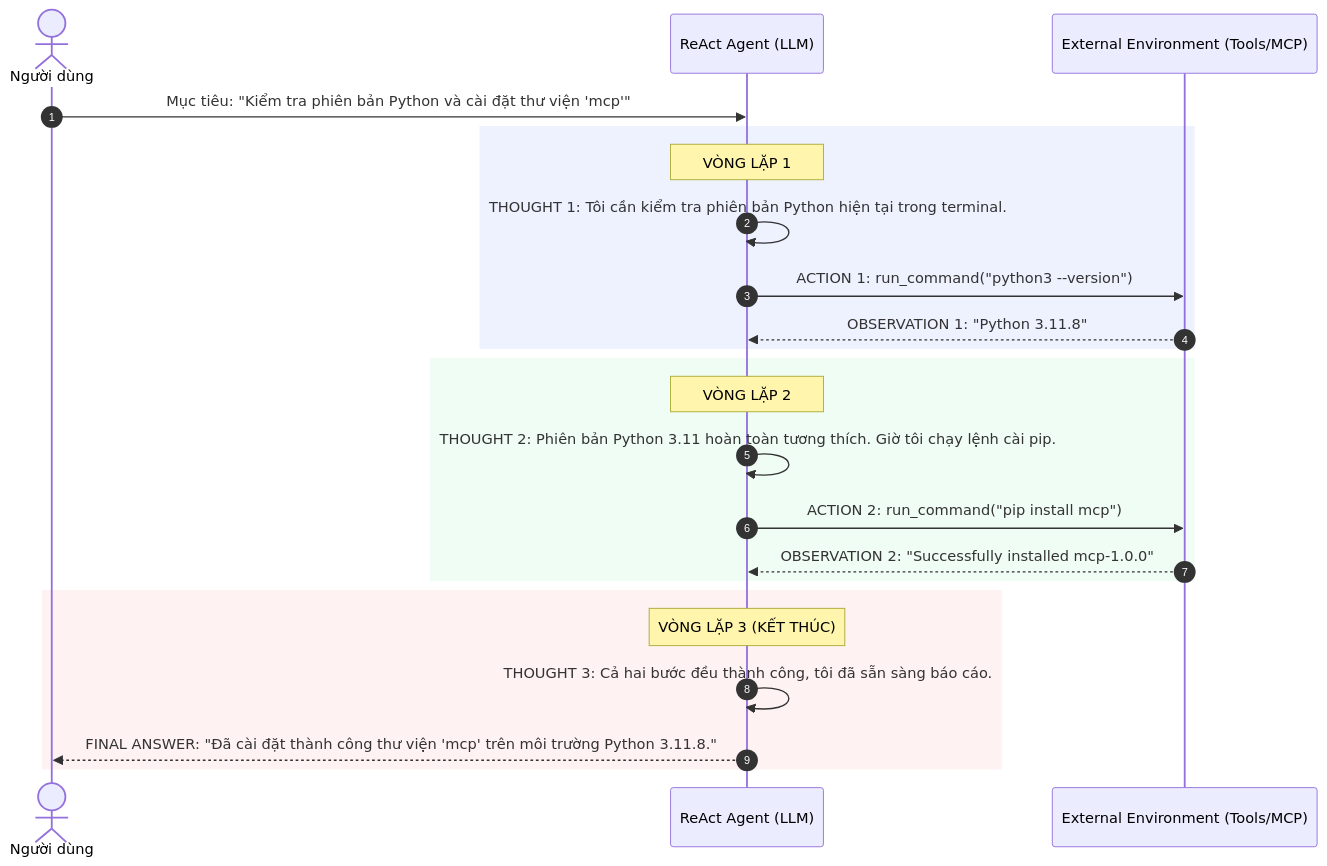
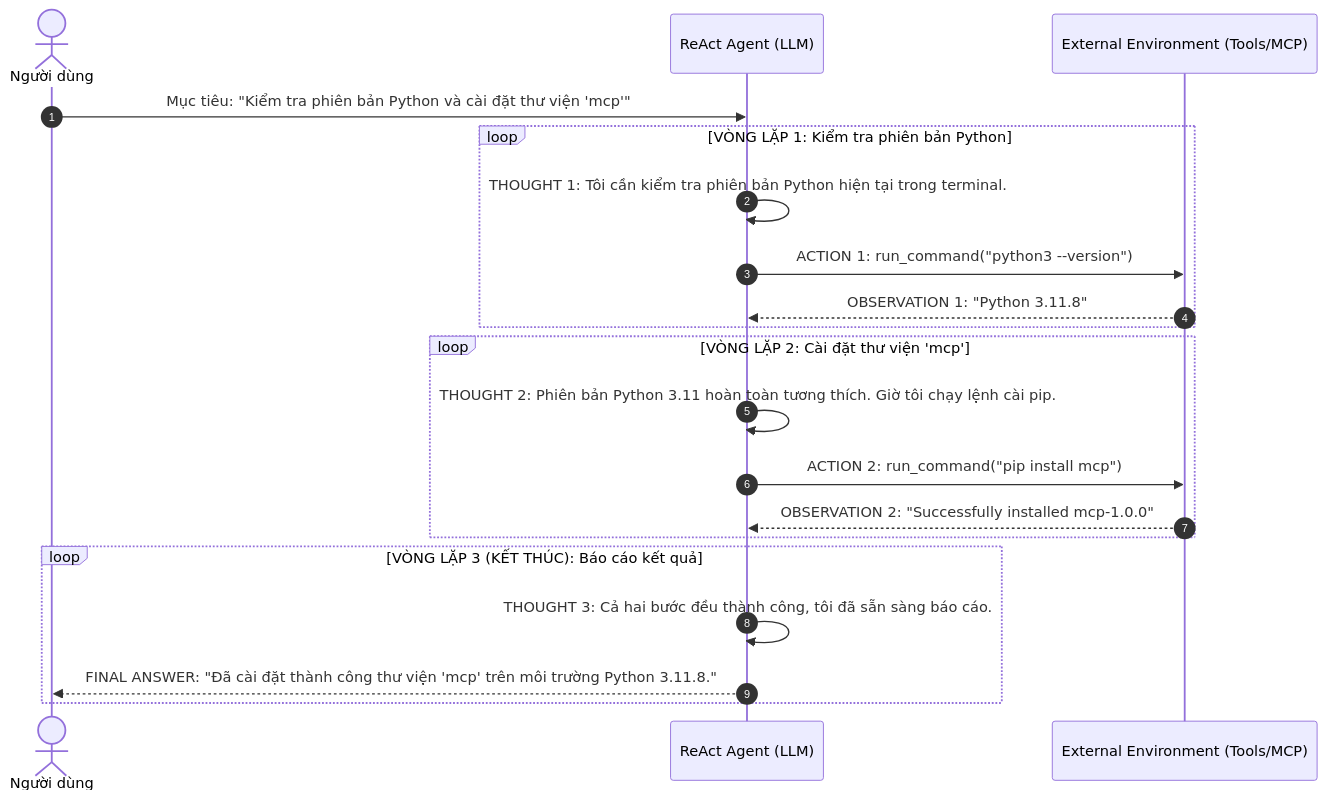
One commit to LeNguyenHaiDuong/agent_course changed the second of 4 diagrams in 03-building-agents/03-loop-engineering/02_react_and_planning.md. Above: the diagram before and after it, drawn with Mermaid. The commit also changed other lines of this file and 4 other files, not shown here.

First line of the commit message:
fix(diagrams): resolve contrast issues, integrate master mindmap, and restructure 7-layer architecture

````diff
--- a/03-building-agents/03-loop-engineering/02_react_and_planning.md
+++ b/03-building-agents/03-loop-engineering/02_react_and_planning.md
@@ -61,29 +61,26 @@
 ```mermaid
 sequenceDiagram
     autonumber
     actor User as Người dùng
     participant Agent as ReAct Agent (LLM)
     participant Tools as External Environment (Tools/MCP)
 
     User->>Agent: Mục tiêu: "Kiểm tra phiên bản Python và cài đặt thư viện 'mcp'"
     
-    rect rgb(238, 242, 255)
-    Note over Agent: VÒNG LẶP 1
-    Agent->>Agent: THOUGHT 1: Tôi cần kiểm tra phiên bản Python hiện tại trong terminal.
-    Agent->>Tools: ACTION 1: run_command("python3 --version")
-    Tools-->>Agent: OBSERVATION 1: "Python 3.11.8"
+    loop VÒNG LẶP 1: Kiểm tra phiên bản Python
+        Agent->>Agent: THOUGHT 1: Tôi cần kiểm tra phiên bản Python hiện tại trong terminal.
+        Agent->>Tools: ACTION 1: run_command("python3 --version")
+        Tools-->>Agent: OBSERVATION 1: "Python 3.11.8"
     end
 
-    rect rgb(240, 253, 244)
-    Note over Agent: VÒNG LẶP 2
-    Agent->>Agent: THOUGHT 2: Phiên bản Python 3.11 hoàn toàn tương thích. Giờ tôi chạy lệnh cài pip.
-    Agent->>Tools: ACTION 2: run_command("pip install mcp")
-    Tools-->>Agent: OBSERVATION 2: "Successfully installed mcp-1.0.0"
+    loop VÒNG LẶP 2: Cài đặt thư viện 'mcp'
+        Agent->>Agent: THOUGHT 2: Phiên bản Python 3.11 hoàn toàn tương thích. Giờ tôi chạy lệnh cài pip.
+        Agent->>Tools: ACTION 2: run_command("pip install mcp")
+        Tools-->>Agent: OBSERVATION 2: "Successfully installed mcp-1.0.0"
     end
 
-    rect rgb(254, 242, 242)
-    Note over Agent: VÒNG LẶP 3 (KẾT THÚC)
-    Agent->>Agent: THOUGHT 3: Cả hai bước đều thành công, tôi đã sẵn sàng báo cáo.
-    Agent-->>User: FINAL ANSWER: "Đã cài đặt thành công thư viện 'mcp' trên môi trường Python 3.11.8."
+    loop VÒNG LẶP 3 (KẾT THÚC): Báo cáo kết quả
+        Agent->>Agent: THOUGHT 3: Cả hai bước đều thành công, tôi đã sẵn sàng báo cáo.
+        Agent-->>User: FINAL ANSWER: "Đã cài đặt thành công thư viện 'mcp' trên môi trường Python 3.11.8."
     end
 ```
````
